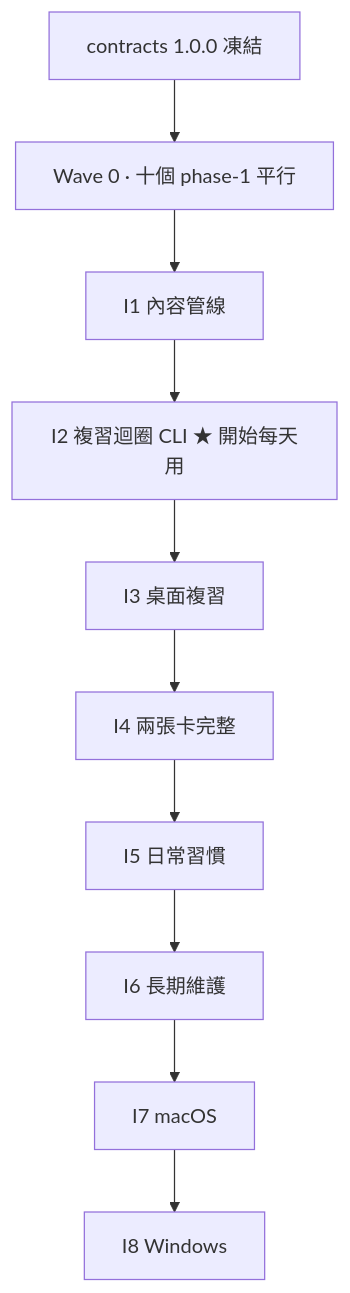
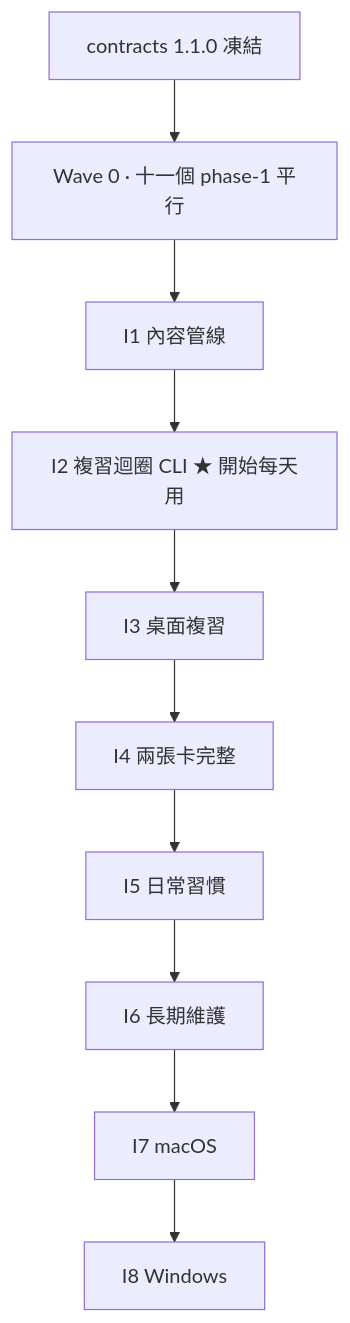
Before and after one commit to pollux0971/llm_learning-card: the diagram in docs/01-roadmap.md, drawn with Mermaid. The commit also changed other lines of this file and 15 other files, not shown here.

First line of the commit message:
Phase-acceptance: mark 7 Wave 0 phase-1 folders done

````diff
--- a/docs/01-roadmap.md
+++ b/docs/01-roadmap.md
@@ -19,12 +19,12 @@
 ```mermaid
 graph TD
-  C[contracts 1.0.0 凍結] --> W0[Wave 0 · 十個 phase-1 平行]
+  C[contracts 1.1.0 凍結] --> W0[Wave 0 · 十一個 phase-1 平行]
   W0 --> I1[I1 內容管線]
   I1 --> I2[I2 複習迴圈 CLI ★ 開始每天用]
   I2 --> I3[I3 桌面複習]
   I3 --> I4[I4 兩張卡完整]
   I4 --> I5[I5 日常習慣]
   I5 --> I6[I6 長期維護]
   I6 --> I7[I7 macOS]
   I7 --> I8[I8 Windows]
 ```
````
